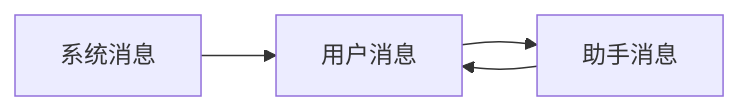
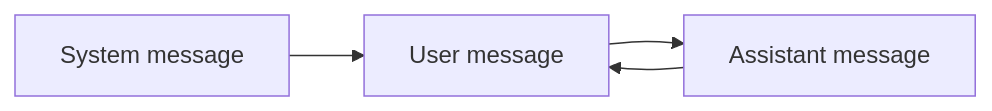
The diagram in README.md (TarsLab/obsidian-tars), drawn with Mermaid before and after one commit. The commit also changed other lines of this file and 2 other files, not shown here.

````diff
--- a/README.md
+++ b/README.md
@@ -80,4 +80,4 @@
 ```mermaid
 graph LR
-    A[系统消息] --> B[用户消息] --> C[助手消息] --> B
+    A[System message] --> B[User message] --> C[Assistant message] --> B
 ```
````
